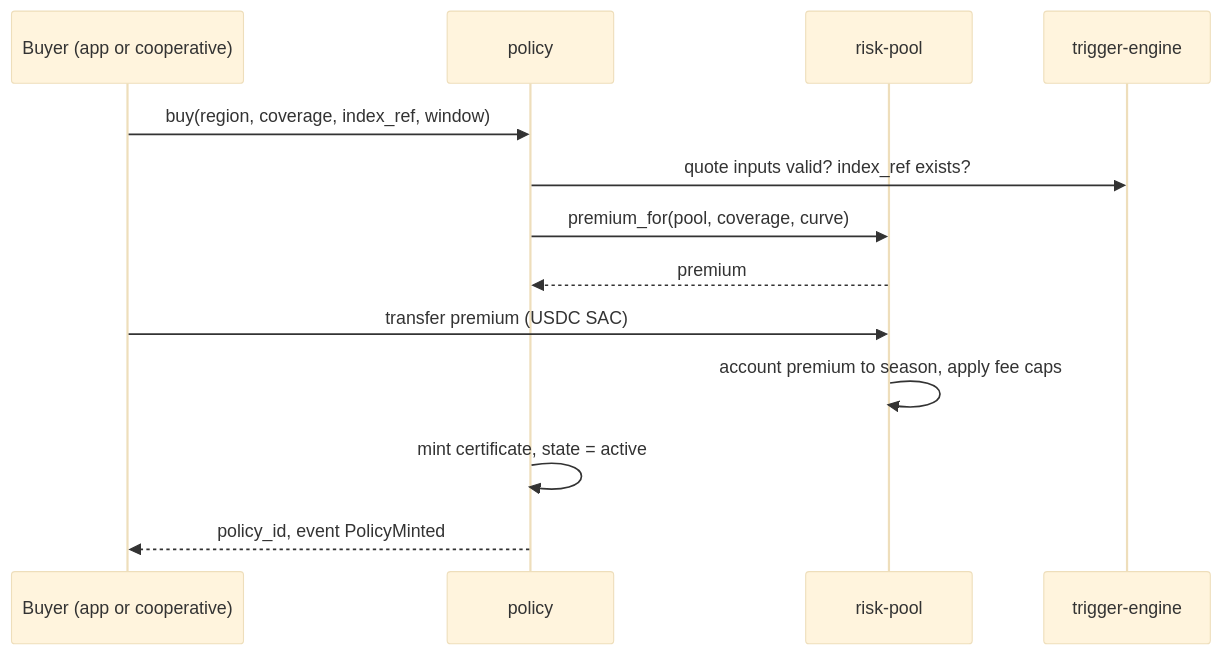
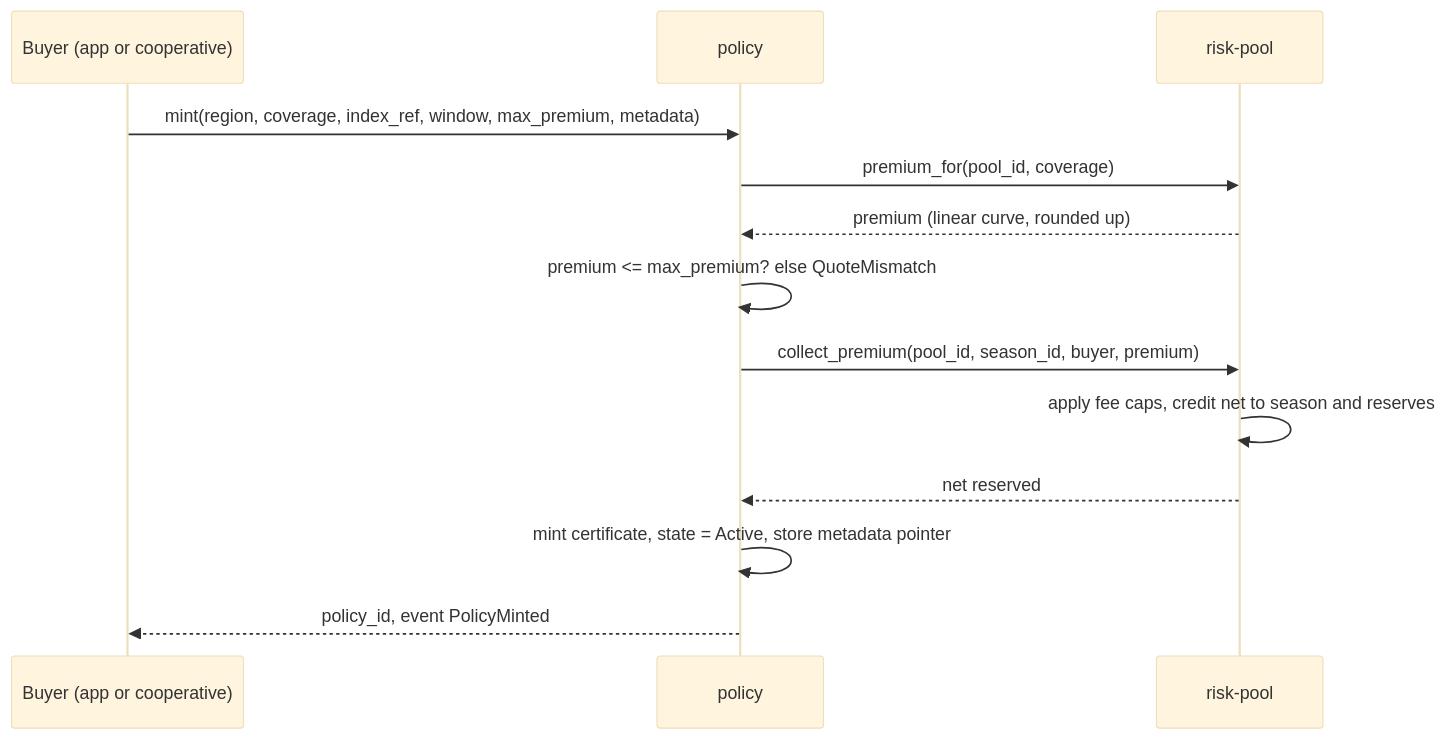
Before and after one commit to Mvua-Protocol/mvua-contract: the second of 3 diagrams in docs/ARCHITECTURE.md, drawn with Mermaid (base theme). The commit also changed other lines of this file and 2 other files, not shown here.

Commit message:
docs(contract): document policy lifecycle and premium quote/refund

````diff
--- a/docs/ARCHITECTURE.md
+++ b/docs/ARCHITECTURE.md
@@ -80,15 +80,15 @@
 ```mermaid
 sequenceDiagram
   participant Buyer as Buyer (app or cooperative)
   participant POL as policy
   participant RP as risk-pool
-  participant TE as trigger-engine
-  Buyer->>POL: buy(region, coverage, index_ref, window)
-  POL->>TE: quote inputs valid? index_ref exists?
-  POL->>RP: premium_for(pool, coverage, curve)
-  RP-->>POL: premium
-  Buyer->>RP: transfer premium (USDC SAC)
-  RP->>RP: account premium to season, apply fee caps
-  POL->>POL: mint certificate, state = active
+  Buyer->>POL: mint(region, coverage, index_ref, window, max_premium, metadata)
+  POL->>RP: premium_for(pool_id, coverage)
+  RP-->>POL: premium (linear curve, rounded up)
+  POL->>POL: premium <= max_premium? else QuoteMismatch
+  POL->>RP: collect_premium(pool_id, season_id, buyer, premium)
+  RP->>RP: apply fee caps, credit net to season and reserves
+  RP-->>POL: net reserved
+  POL->>POL: mint certificate, state = Active, store metadata pointer
   POL-->>Buyer: policy_id, event PolicyMinted
 ```
````
